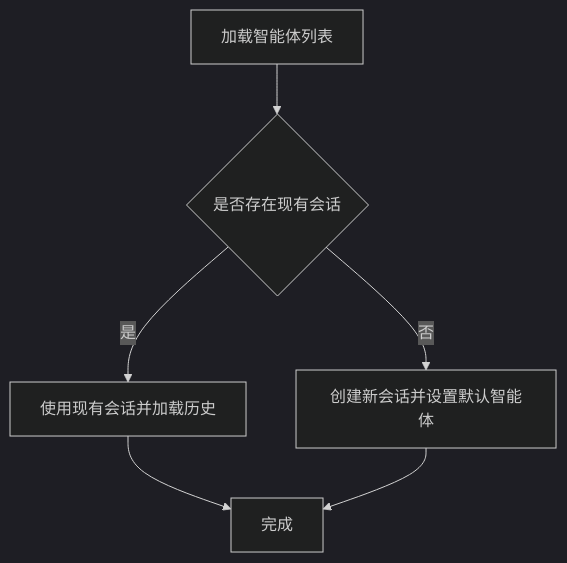
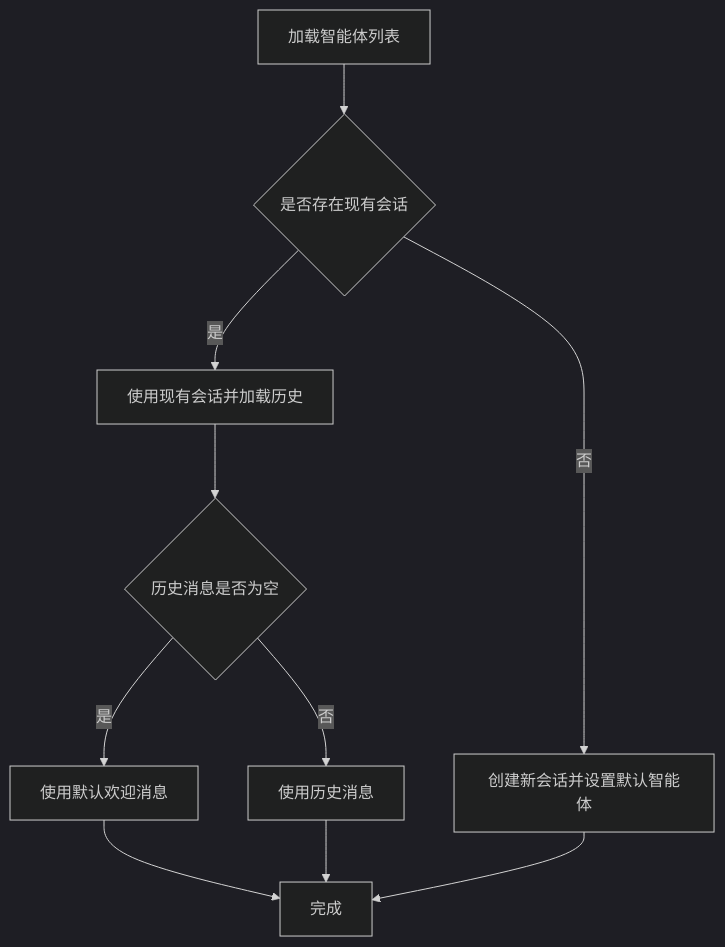
Before and after one commit to KunLabAI/KunFlix: diagram 20 of 30 in .qoder/repowiki/zh/content/前端应用架构/UI组件库/画布组件系统/AI助手面板/AI助手面板.md, drawn with Mermaid (dark theme). The commit also changed other lines of this file and 20 other files, not shown here.

````diff
--- a/.qoder/repowiki/zh/content/前端应用架构/UI组件库/画布组件系统/AI助手面板/AI助手面板.md
+++ b/.qoder/repowiki/zh/content/前端应用架构/UI组件库/画布组件系统/AI助手面板/AI助手面板.md
@@ -745,8 +934,12 @@
 ```mermaid
 flowchart TD
 LoadAgents["加载智能体列表"] --> HasExisting{"是否存在现有会话"}
 HasExisting --> |是| UseExisting["使用现有会话并加载历史"]
 HasExisting --> |否| CreateNew["创建新会话并设置默认智能体"]
-UseExisting --> Done["完成"]
+UseExisting --> CheckHistory{"历史消息是否为空"}
+CheckHistory --> |是| UseWelcome["使用默认欢迎消息"]
+CheckHistory --> |否| UseHistory["使用历史消息"]
+UseWelcome --> Done["完成"]
+UseHistory --> Done
 CreateNew --> Done
 ```
````
